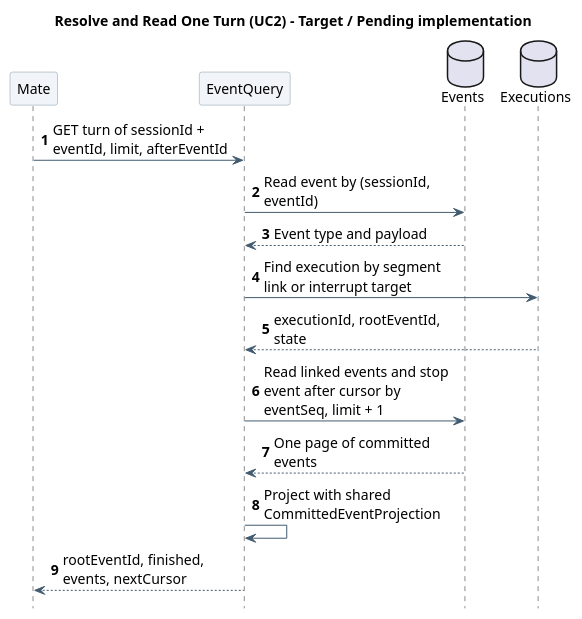
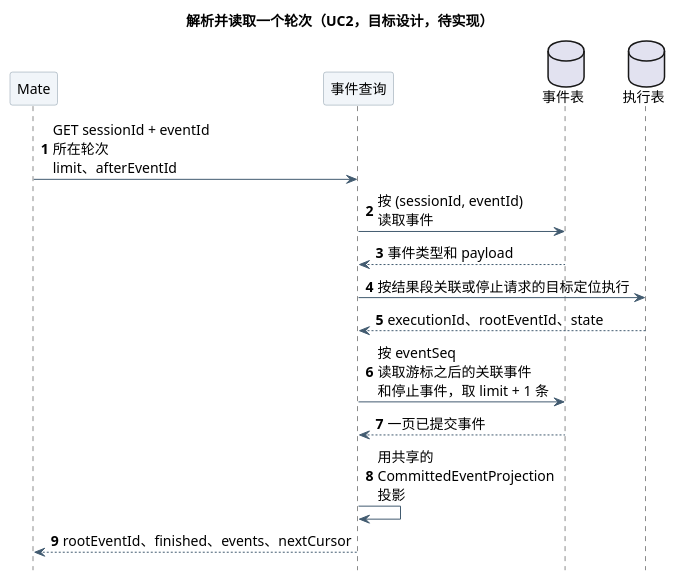
The second of 3 diagrams in 01-总体架构/01-CampusClaw多Agent运行时/设计图/Agent用户事件查询/diagram.puml (ssm0808/pi-mono-java-design), drawn with PlantUML before and after one commit. The commit also changed other lines of this file and 7 other files, not shown here.

```diff
--- a/01-总体架构/01-CampusClaw多Agent运行时/设计图/Agent用户事件查询/diagram.puml
+++ b/01-总体架构/01-CampusClaw多Agent运行时/设计图/Agent用户事件查询/diagram.puml
@@ -44,36 +44,36 @@
 @startuml event_turn_resolution
-' Source evidence: pi-mono-java main 769e86592285f4a25b0febaf551eddea6bc7212c
+' 源码证据：pi-mono-java main 769e86592285f4a25b0febaf551eddea6bc7212c
 ' modules/coding-agent-cli/src/main/java/com/campusclaw/codingagent/runtimeapi/
 ' persistence/RuntimeExecutionPersistenceService.java:acceptMessage,acceptInterrupt,appendEntry
 ' persistence/MyBatisRuntimeExecutionControlRepository.java:linkCommittedEvent,appendToSegment,markTerminal
 ' event/RuntimeCompactionEventProjector.java:persistCompaction
 ' modules/coding-agent-cli/src/main/resources/mapper/session/RuntimeSessionMapper.xml:findCommittedEvent
-' Observed behavior: user.message, continuations, agent output and idle are linked to segments;
-' user.interrupt is stored with targetEventId only; in-run compaction is not linked yet.
-' Design reason: reuse root execution as the turn identity; no new turn table.
+' 已观察行为：user.message、续跑、Agent 输出和 idle 都关联到结果段；
+' user.interrupt 只保存 targetEventId；执行内自动压缩尚未关联。
+' 设计原因：复用根执行作为轮次身份，不新增轮次表。
 skinparam backgroundColor white
 skinparam defaultFontName SansSerif
 skinparam defaultFontSize 14
 skinparam shadowing false
 skinparam ArrowColor #425B70
 skinparam sequenceParticipantBackgroundColor #F1F5F9
 skinparam sequenceParticipantBorderColor #8496A4
 skinparam sequenceMessageAlign left
 skinparam maxMessageSize 190
 hide footbox
 autonumber
-title Resolve and Read One Turn (UC2) - Target / Pending implementation
+title 解析并读取一个轮次（UC2，目标设计，待实现）
 participant "Mate" as Mate
-participant "EventQuery" as Query
-database "Events" as Events
-database "Executions" as Exec
-Mate -> Query : GET turn of sessionId + eventId, limit, afterEventId
-Query -> Events : Read event by (sessionId, eventId)
-Events --> Query : Event type and payload
-Query -> Exec : Find execution by segment link or interrupt target
-Exec --> Query : executionId, rootEventId, state
-Query -> Events : Read linked events and stop event after cursor by eventSeq, limit + 1
-Events --> Query : One page of committed events
-Query -> Query : Project with shared CommittedEventProjection
-Query --> Mate : rootEventId, finished, events, nextCursor
+participant "事件查询" as Query
+database "事件表" as Events
+database "执行表" as Exec
+Mate -> Query : GET sessionId + eventId 所在轮次\nlimit、afterEventId
+Query -> Events : 按 (sessionId, eventId) 读取事件
+Events --> Query : 事件类型和 payload
+Query -> Exec : 按结果段关联或停止请求的目标定位执行
+Exec --> Query : executionId、rootEventId、state
+Query -> Events : 按 eventSeq 读取游标之后的关联事件\n和停止事件，取 limit + 1 条
+Events --> Query : 一页已提交事件
+Query -> Query : 用共享的 CommittedEventProjection 投影
+Query --> Mate : rootEventId、finished、events、nextCursor
 @enduml
```
